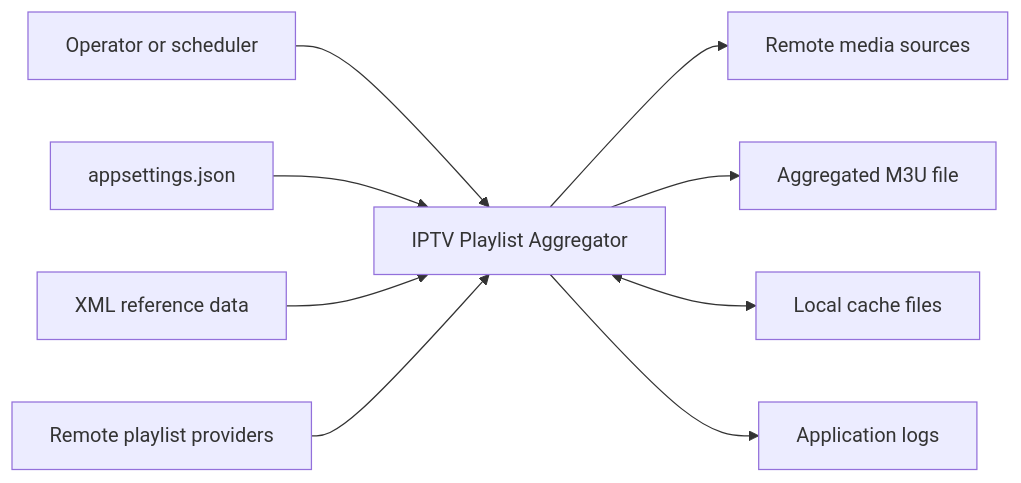
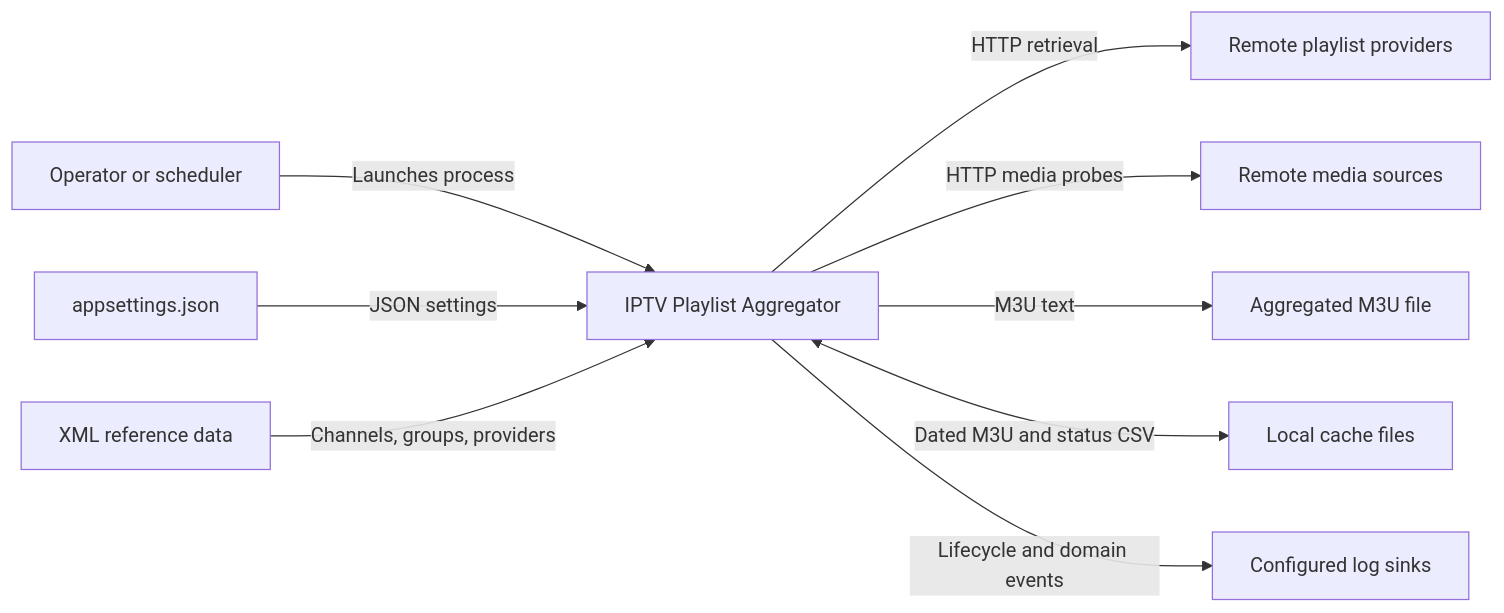
One commit to hmlendea/iptv-playlist-aggregator changed the first of 5 diagrams in ARCHITECTURE.md. Above: the diagram before and after it, drawn with Mermaid. The commit also changed other lines of this file, not shown here.

Commit message:
architecture: Updated the md

````diff
--- a/ARCHITECTURE.md
+++ b/ARCHITECTURE.md
@@ -11,11 +47,11 @@
 ```mermaid
 flowchart LR
-    Operator[Operator or scheduler] --> Application[IPTV Playlist Aggregator]
-    Configuration[appsettings.json] --> Application
-    ReferenceData[XML reference data] --> Application
-    Providers[Remote playlist providers] --> Application
-    Application --> MediaSources[Remote media sources]
-    Application --> Playlist[Aggregated M3U file]
-    Application <--> Cache[Local cache files]
-    Application --> Logs[Application logs]
+    Operator[Operator or scheduler] -->|Launches process| Application[IPTV Playlist Aggregator]
+    Configuration[appsettings.json] -->|JSON settings| Application
+    ReferenceData[XML reference data] -->|Channels, groups, providers| Application
+    Application -->|HTTP retrieval| Providers[Remote playlist providers]
+    Application -->|HTTP media probes| MediaSources[Remote media sources]
+    Application -->|M3U text| Playlist[Aggregated M3U file]
+    Application <-->|Dated M3U and status CSV| Cache[Local cache files]
+    Application -->|Lifecycle and domain events| Logs[Configured log sinks]
 ```
````
